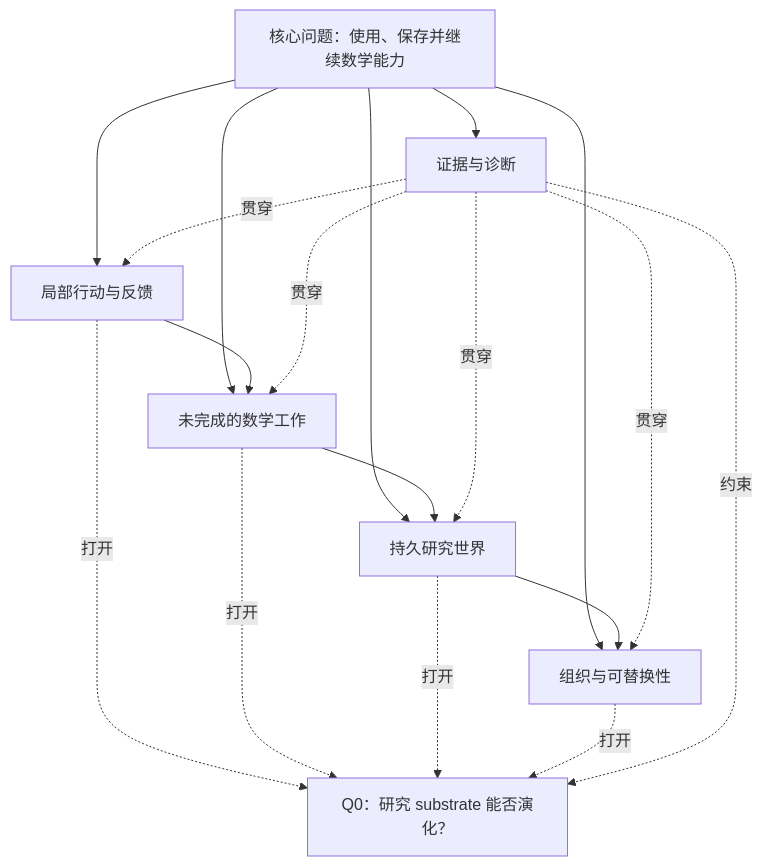
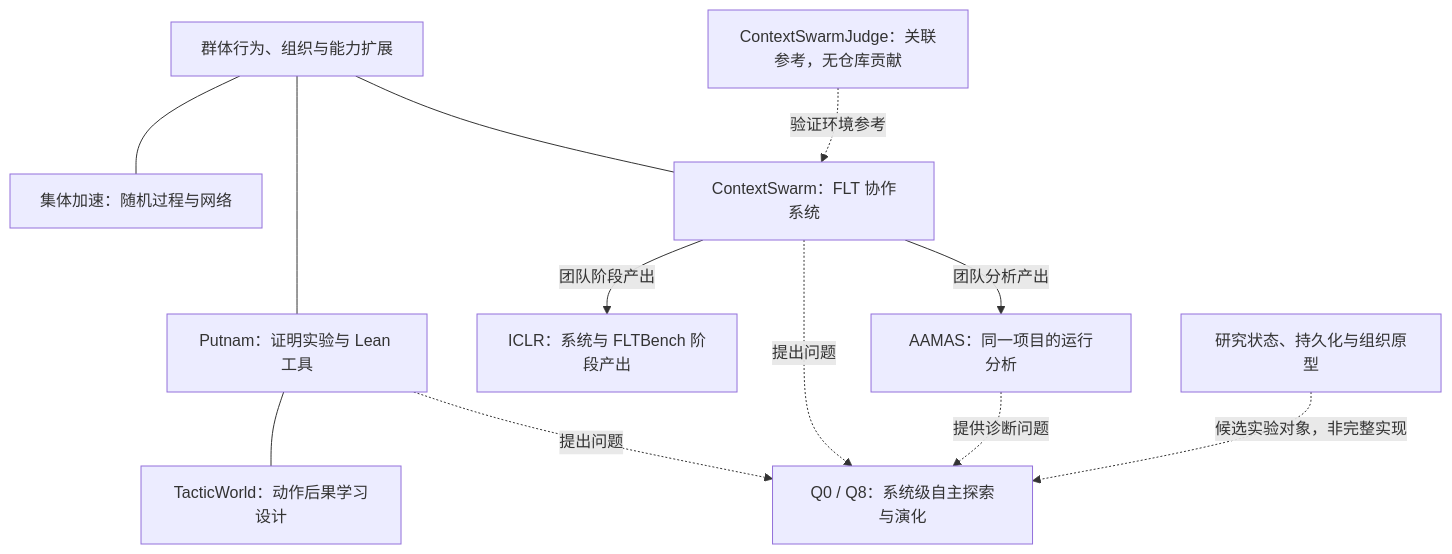
The diagram in docs/research-graph.zh-CN.md (yuan-chengzhi/Researching-Research), drawn with Mermaid before and after one commit. The commit also changed other lines of this file and 25 other files, not shown here.

````diff
--- a/docs/research-graph.zh-CN.md
+++ b/docs/research-graph.zh-CN.md
@@ -30,28 +7,25 @@
 ```mermaid
 flowchart TD
-    R["核心问题：使用、保存并继续数学能力"]
-    L["局部行动与反馈"]
-    U["未完成的数学工作"]
-    P["持久研究世界"]
-    O["组织与可替换性"]
-    E["证据与诊断"]
-    Q["Q0：研究 substrate 能否演化？"]
+    R["群体行为、组织与能力扩展"]
+    M["集体加速：随机过程与网络"]
+    P["Putnam：证明实验与 Lean 工具"]
+    C["ContextSwarm：FLT 协作系统"]
+    I["ICLR：系统与 FLTBench 阶段产出"]
+    A["AAMAS：同一项目的运行分析"]
+    T["TacticWorld：动作后果学习设计"]
+    S["研究状态、持久化与组织原型"]
+    Q["Q0 / Q8：系统级自主探索与演化"]
+    J["ContextSwarmJudge：关联参考，无仓库贡献"]
 
-    R --> L
-    R --> U
-    R --> P
-    R --> O
-    R --> E
-    L --> U
-    U --> P
-    P --> O
-    E -. "贯穿" .-> L
-    E -. "贯穿" .-> U
-    E -. "贯穿" .-> P
-    E -. "贯穿" .-> O
-    L -. "打开" .-> Q
-    U -. "打开" .-> Q
-    P -. "打开" .-> Q
-    O -. "打开" .-> Q
-    E -. "约束" .-> Q
+    R --- M
+    R --- P
+    R --- C
+    P --- T
+    C -->|"团队阶段产出"| I
+    C -->|"团队分析产出"| A
+    J -. "验证环境参考" .-> C
+    P -. "提出问题" .-> Q
+    C -. "提出问题" .-> Q
+    A -. "提供诊断问题" .-> Q
+    S -. "候选实验对象，非完整实现" .-> Q
 ```
````
